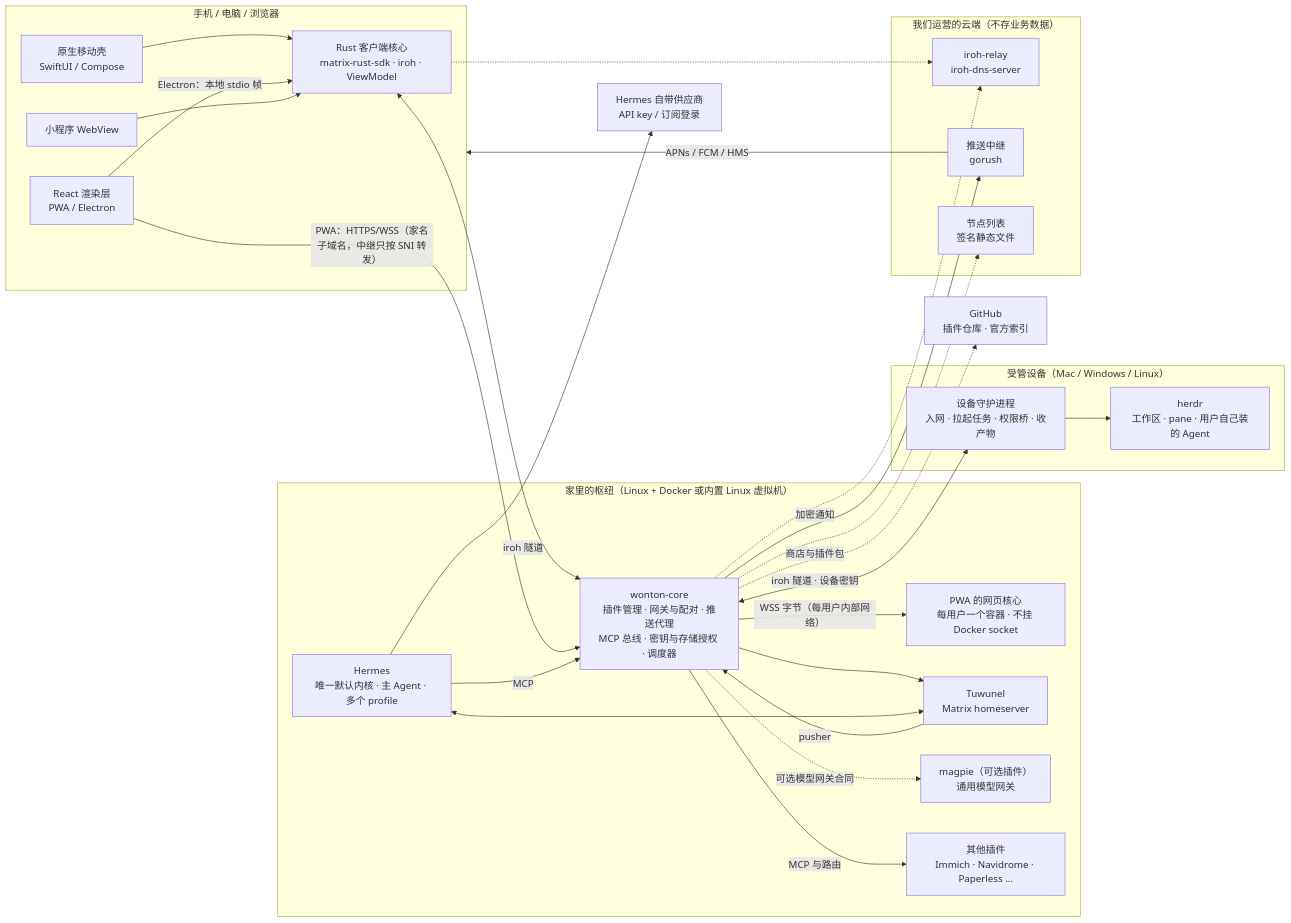
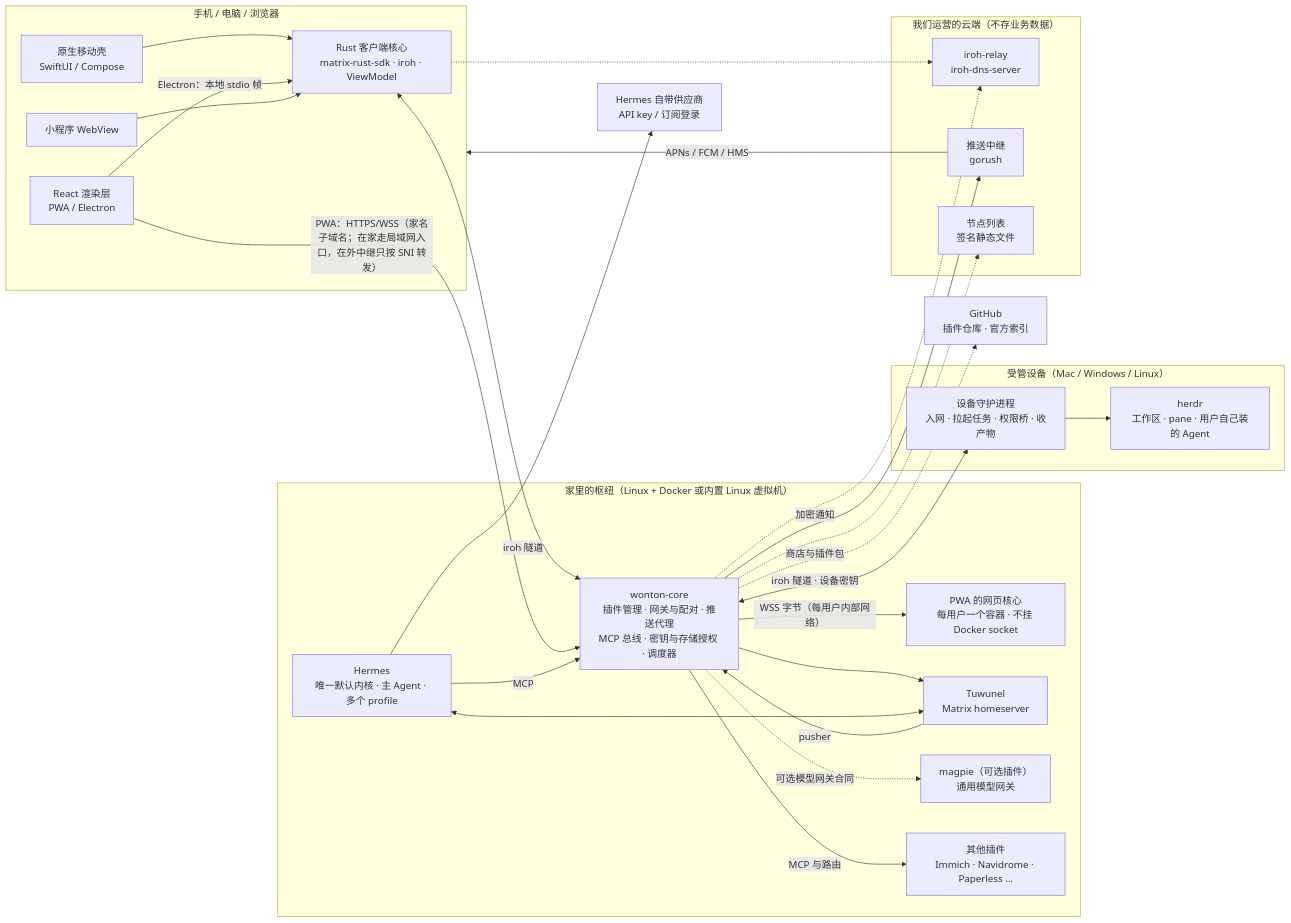
The diagram in docs/ARCHITECTURE.md (wontonapp/wonton), drawn with Mermaid before and after one commit. The commit also changed 2 other files, not shown here.

Commit message:
docs(adr): 网页版在家自动走局域网入口、单独一个开关，配额和回收按主人 11-27 定
- 0124：页面地址固定 web.<家>，Cookie、Service Worker、推送只有一份；在家把 /ws 和新版本文件改走 ADR-0021 的局域网入口 web.lan，局域网凭据只在局域网前端认，选路自动、失败如实显示；写明没选分流 DNS、双地址记录、跳转局域网名字和 WebRTC 的理由
- 0124：网页版开关默认关、不归公网访问总开关管，写清全关时的闸门和界面、确认页的意思
- 0124：流量算进每家配额、15 分钟挂起 24 小时回收写成已定，删掉待主人拍板
- 0090 就地加指向，ARCHITECTURE 同步

````diff
--- a/docs/ARCHITECTURE.md
+++ b/docs/ARCHITECTURE.md
@@ -15,54 +15,54 @@
 ```mermaid
 flowchart LR
   subgraph Client["手机 / 电脑 / 浏览器"]
     Shell["原生移动壳\nSwiftUI / Compose"]
     React["React 渲染层\nPWA / Electron"]
     ClientCore["Rust 客户端核心\nmatrix-rust-sdk · iroh · ViewModel"]
     WebView["小程序 WebView"]
     Shell --> ClientCore
     React -->|"Electron：本地 stdio 帧"| ClientCore
     WebView --> ClientCore
   end
 
   subgraph Home["家里的枢纽（Linux + Docker 或内置 Linux 虚拟机）"]
     Core["wonton-core\n插件管理 · 网关与配对 · 推送代理\nMCP 总线 · 密钥与存储授权 · 调度器"]
     WebSession["PWA 的网页核心\n每用户一个容器 · 不挂 Docker socket"]
     Tuwunel["Tuwunel\nMatrix homeserver"]
     Agent["Hermes\n唯一默认内核 · 主 Agent · 多个 profile"]
     Magpie["magpie（可选插件）\n通用模型网关"]
     Plugins["其他插件\nImmich · Navidrome · Paperless …"]
   end
 
   subgraph Devices["受管设备（Mac / Windows / Linux）"]
     DeviceAgent["设备守护进程\n入网 · 拉起任务 · 权限桥 · 收产物"]
     Herdr["herdr\n工作区 · pane · 用户自己装的 Agent"]
     DeviceAgent --> Herdr
   end
 
   subgraph Cloud["我们运营的云端（不存业务数据）"]
     Relay["iroh-relay\niroh-dns-server"]
     PushRelay["推送中继\ngorush"]
     Catalog["节点列表\n签名静态文件"]
   end
 
   GitHub["GitHub\n插件仓库 · 官方索引"]
   Providers["Hermes 自带供应商\nAPI key / 订阅登录"]
 
   ClientCore <-->|"iroh 隧道"| Core
   Core <-->|"iroh 隧道 · 设备密钥"| DeviceAgent
-  React -->|"PWA：HTTPS/WSS（家名子域名，中继只按 SNI 转发）"| Core
+  React -->|"PWA：HTTPS/WSS（家名子域名；在家走局域网入口，在外中继只按 SNI 转发）"| Core
   Core -->|"WSS 字节（每用户内部网络）"| WebSession
   Core --> Tuwunel
   Agent <--> Tuwunel
   Agent --> Providers
   Agent -->|"MCP"| Core
   Core -->|"MCP 与路由"| Plugins
   Core -.->|"可选模型网关合同"| Magpie
   Tuwunel -->|"pusher"| Core
   Core -->|"加密通知"| PushRelay
   PushRelay -->|"APNs / FCM / HMS"| Client
   Core -.-> Relay
   ClientCore -.-> Relay
   Core -.-> Catalog
   Core -.->|"商店与插件包"| GitHub
 ```
````
